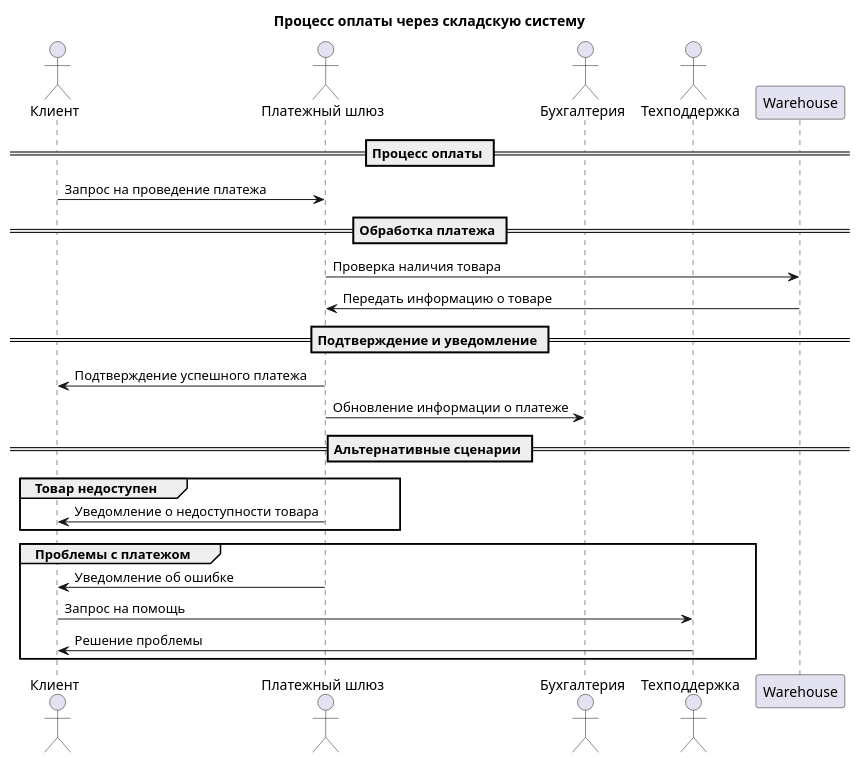
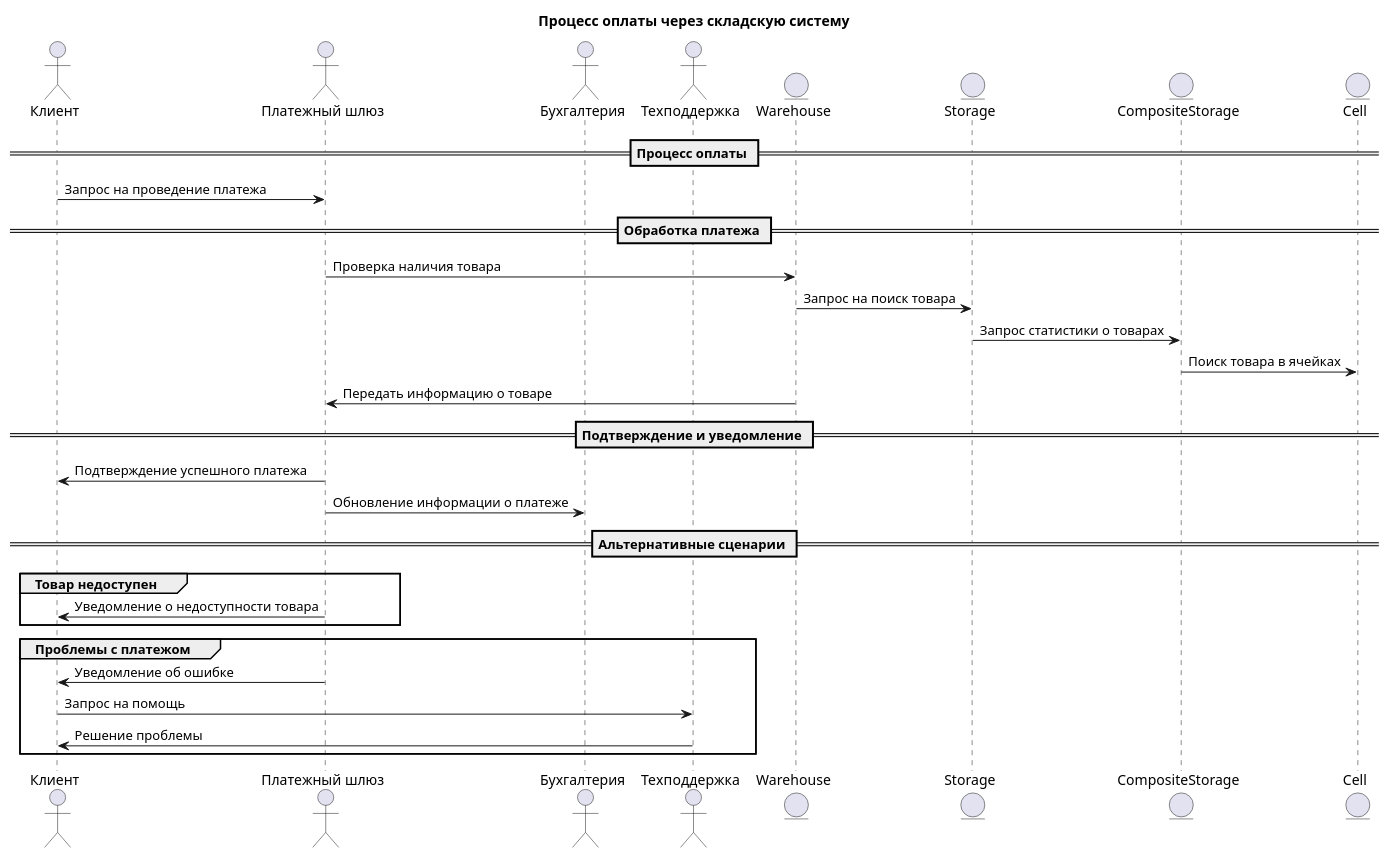
Before and after one commit to penamarth/bsbo-14-22_team5_var6: the diagram in Precedents/Платежный шлюз/Диаграмма последовательности.md, drawn with PlantUML.

Commit message:
внес правки

````diff
--- a/Precedents/Платежный шлюз/Диаграмма последовательности.md
+++ b/Precedents/Платежный шлюз/Диаграмма последовательности.md
@@ -1,37 +1,44 @@
 ```plantuml
 @startuml
 actor "Клиент" as customer
 actor "Платежный шлюз" as paymentGateway
 actor "Бухгалтерия" as accounting
 actor "Техподдержка" as support
+entity "Warehouse" as warehouse
+entity "Storage" as storage
+entity "CompositeStorage" as compositestorage
+entity "Cell" as cell 
 
 title Процесс оплаты через складскую систему
 
 == Процесс оплаты ==
 
 customer -> paymentGateway: Запрос на проведение платежа
 
 == Обработка платежа ==
 
-paymentGateway -> Warehouse: Проверка наличия товара
-Warehouse -> paymentGateway: Передать информацию о товаре
+paymentGateway -> warehouse: Проверка наличия товара
+warehouse -> storage: Запрос на поиск товара 
+storage -> compositestorage: Запрос статистики о товарах
+compositestorage -> cell: Поиск товара в ячейках
+warehouse -> paymentGateway: Передать информацию о товаре
 
 == Подтверждение и уведомление ==
 
 paymentGateway -> customer: Подтверждение успешного платежа
 paymentGateway -> accounting: Обновление информации о платеже
 
 == Альтернативные сценарии ==
 
 group Товар недоступен
     paymentGateway -> customer: Уведомление о недоступности товара
 end
 
 group Проблемы с платежом
     paymentGateway -> customer: Уведомление об ошибке
     customer -> support: Запрос на помощь
     support -> customer: Решение проблемы
 end
 
 @enduml
 ```
````
